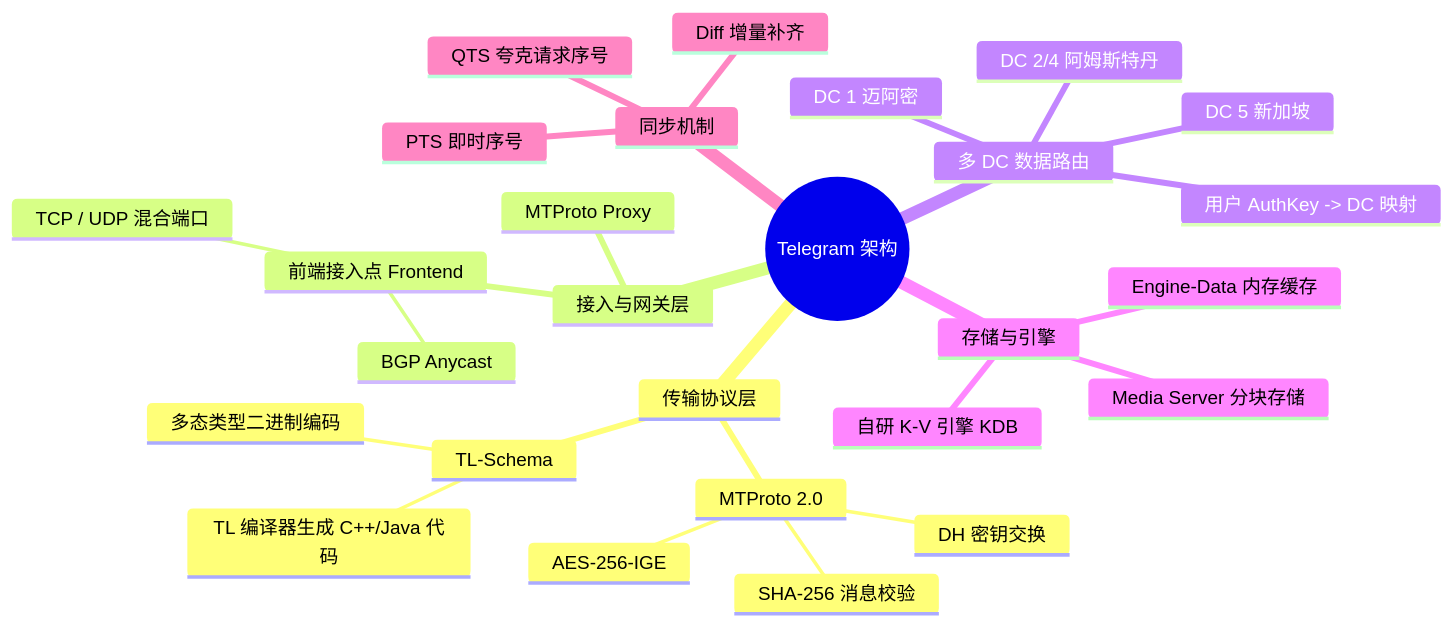
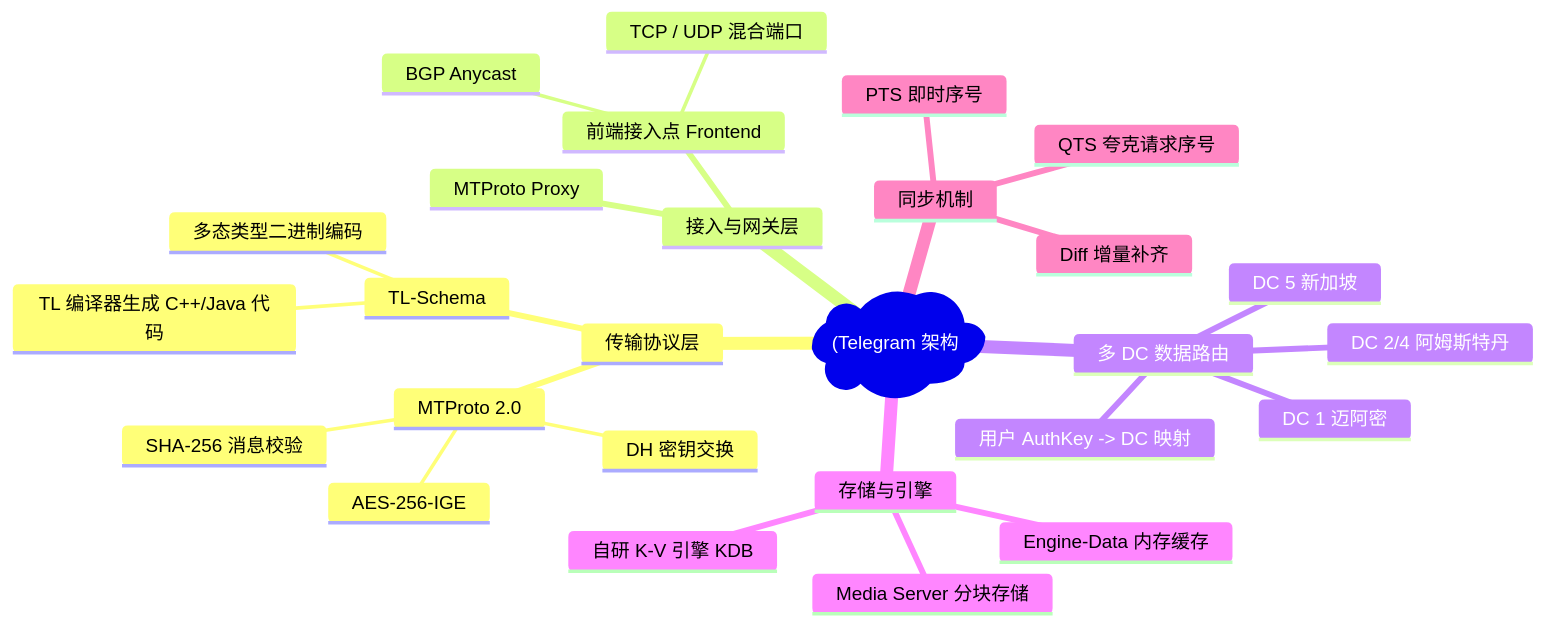
The first of 5 diagrams in docs/atlas/telegram.mdx (koosai/AI-Architect-Learning), drawn with Mermaid before and after one commit. The commit also changed other lines of this file and 187 other files, not shown here.

Commit message:
fix(mermaid): fix all unquoted parens and edge label syntax errors across all docs

````diff
--- a/docs/atlas/telegram.mdx
+++ b/docs/atlas/telegram.mdx
@@ -59,30 +59,30 @@
 ```mermaid
 mindmap
-  root((Telegram 架构))
+  root("(Telegram 架构"))
     传输协议层
       MTProto 2.0
         AES-256-IGE
         SHA-256 消息校验
         DH 密钥交换
       TL-Schema
         TL 编译器生成 C++/Java 代码
         多态类型二进制编码
     接入与网关层
       前端接入点 Frontend
         BGP Anycast
         TCP / UDP 混合端口
       MTProto Proxy
     多 DC 数据路由
       DC 1 迈阿密
       DC 2/4 阿姆斯特丹
       DC 5 新加坡
       用户 AuthKey -> DC 映射
     存储与引擎
       自研 K-V 引擎 KDB
       Engine-Data 内存缓存
       Media Server 分块存储
     同步机制
       PTS 即时序号
       QTS 夸克请求序号
       Diff 增量补齐
 ```
````
